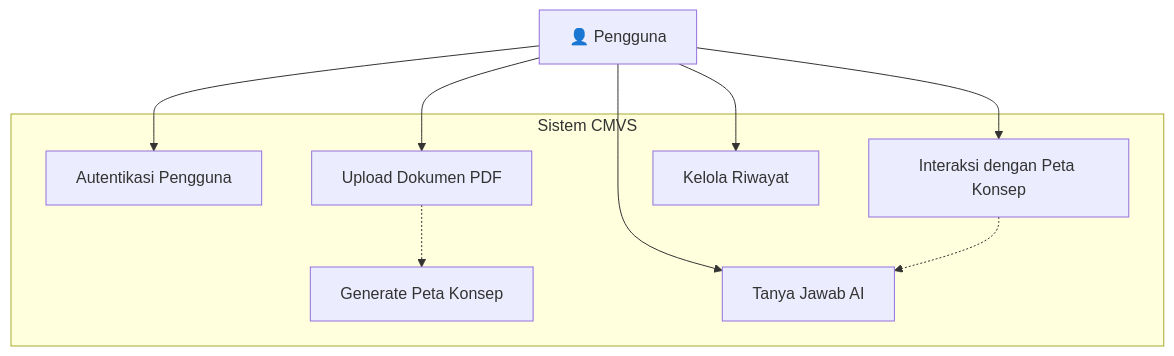
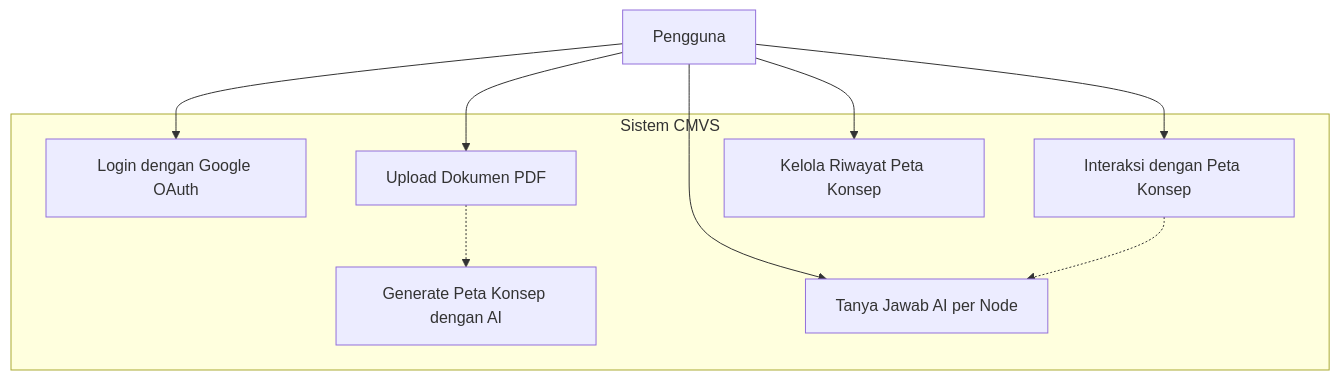
One commit to edu-rag/vizmind-ai changed the first of 4 diagrams in GRAPH.md. Above: the diagram before and after it, drawn with Mermaid. The commit also changed other lines of this file, not shown here.

Commit message:
docs: enhance graph docs

````diff
--- a/GRAPH.md
+++ b/GRAPH.md
@@ -11,21 +11,21 @@
 ```mermaid
 graph TD
-    Pengguna[👤 Pengguna]
+    Pengguna[Pengguna]
 
     subgraph "Sistem CMVS"
-        UC1[Autentikasi Pengguna]
+        UC1[Login dengan Google OAuth]
         UC2[Upload Dokumen PDF]
-        UC3[Generate Peta Konsep]
+        UC3[Generate Peta Konsep dengan AI]
         UC4[Interaksi dengan Peta Konsep]
-        UC5[Tanya Jawab AI]
-        UC6[Kelola Riwayat]
+        UC5[Tanya Jawab AI per Node]
+        UC6[Kelola Riwayat Peta Konsep]
     end
 
     Pengguna --> UC1
     Pengguna --> UC2
     Pengguna --> UC4
     Pengguna --> UC5
     Pengguna --> UC6
     UC2 -.-> UC3
     UC4 -.-> UC5
 ```
````
